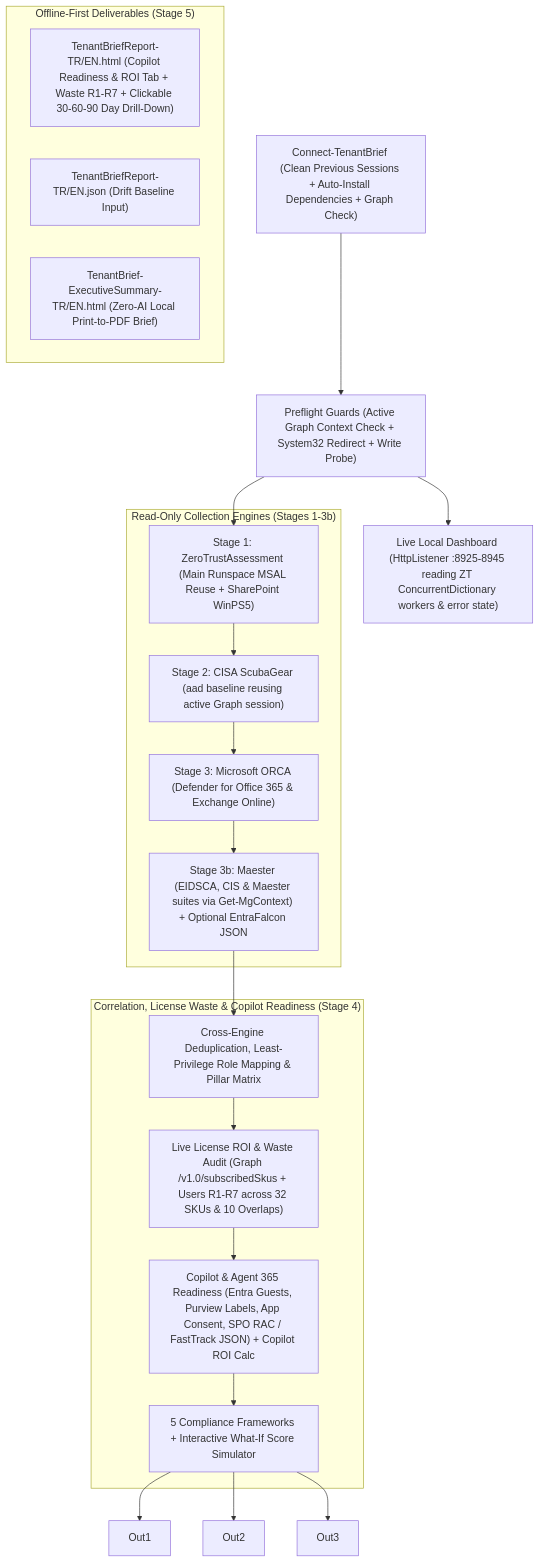
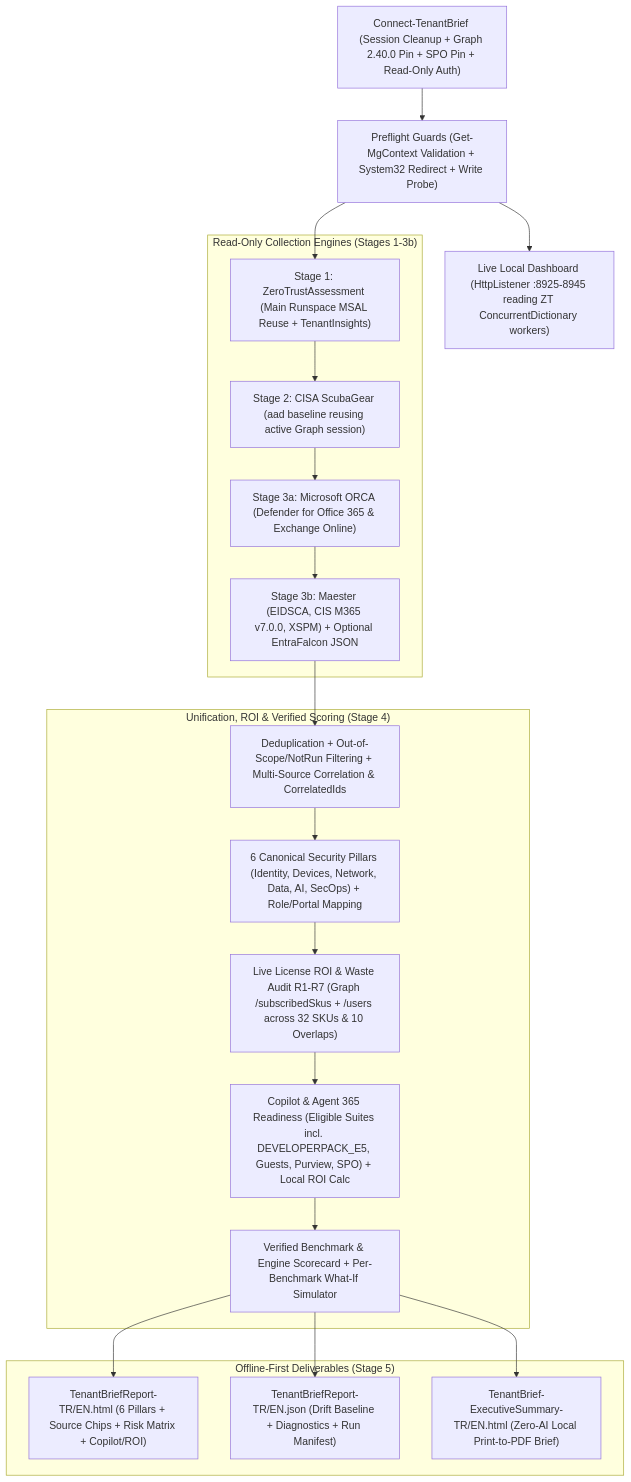
Before and after one commit to canercetinkaya/TenantBrief: the diagram in README.md, drawn with Mermaid. The commit also changed other lines of this file and 13 other files, not shown here.

Commit message:
feat(benchmarks): replace synthetic frameworks with verified benchmark scores, add NOTICE.md, update demo/README/manifest

````diff
--- a/README.md
+++ b/README.md
@@ -17,32 +17,33 @@
 ```mermaid
 flowchart TB
-    Start["Connect-TenantBrief (Clean Previous Sessions + Auto-Install Dependencies + Graph Check)"]
-    Pre["Preflight Guards (Active Graph Context Check + System32 Redirect + Write Probe)"]
-    UI["Live Local Dashboard (HttpListener :8925-8945 reading ZT ConcurrentDictionary workers & error state)"]
+    Start["Connect-TenantBrief (Session Cleanup + Graph 2.40.0 Pin + SPO Pin + Read-Only Auth)"]
+    Pre["Preflight Guards (Get-MgContext Validation + System32 Redirect + Write Probe)"]
+    UI["Live Local Dashboard (HttpListener :8925-8945 reading ZT ConcurrentDictionary workers)"]
 
     subgraph Engines["Read-Only Collection Engines (Stages 1-3b)"]
-        S1["Stage 1: ZeroTrustAssessment (Main Runspace MSAL Reuse + SharePoint WinPS5)"]
+        S1["Stage 1: ZeroTrustAssessment (Main Runspace MSAL Reuse + TenantInsights)"]
         S2["Stage 2: CISA ScubaGear (aad baseline reusing active Graph session)"]
-        S3["Stage 3: Microsoft ORCA (Defender for Office 365 & Exchange Online)"]
-        S3B["Stage 3b: Maester (EIDSCA, CIS & Maester suites via Get-MgContext) + Optional EntraFalcon JSON"]
+        S3["Stage 3a: Microsoft ORCA (Defender for Office 365 & Exchange Online)"]
+        S3B["Stage 3b: Maester (EIDSCA, CIS M365 v7.0.0, XSPM) + Optional EntraFalcon JSON"]
     end
 
-    subgraph Stage4["Correlation, License Waste & Copilot Readiness (Stage 4)"]
-        Corr["Cross-Engine Deduplication, Least-Privilege Role Mapping & Pillar Matrix"]
-        ROI["Live License ROI & Waste Audit (Graph /v1.0/subscribedSkus + Users R1-R7 across 32 SKUs & 10 Overlaps)"]
-        Cop["Copilot & Agent 365 Readiness (Entra Guests, Purview Labels, App Consent, SPO RAC / FastTrack JSON) + Copilot ROI Calc"]
-        FW["5 Compliance Frameworks + Interactive What-If Score Simulator"]
+    subgraph Stage4["Unification, ROI & Verified Scoring (Stage 4)"]
+        Corr["Deduplication + Out-of-Scope/NotRun Filtering + Multi-Source Correlation & CorrelatedIds"]
+        Dom["6 Canonical Security Pillars (Identity, Devices, Network, Data, AI, SecOps) + Role/Portal Mapping"]
+        ROI["Live License ROI & Waste Audit R1-R7 (Graph /subscribedSkus + /users across 32 SKUs & 10 Overlaps)"]
+        Cop["Copilot & Agent 365 Readiness (Eligible Suites incl. DEVELOPERPACK_E5, Guests, Purview, SPO) + Local ROI Calc"]
+        Bench["Verified Benchmark & Engine Scorecard + Per-Benchmark What-If Simulator"]
     end
 
     subgraph Outputs["Offline-First Deliverables (Stage 5)"]
-        HTML["TenantBriefReport-TR/EN.html (Copilot Readiness & ROI Tab + Waste R1-R7 + Clickable 30-60-90 Day Drill-Down)"]
-        JSON["TenantBriefReport-TR/EN.json (Drift Baseline Input)"]
+        HTML["TenantBriefReport-TR/EN.html (6 Pillars + Source Chips + Risk Matrix + Copilot/ROI)"]
+        JSON["TenantBriefReport-TR/EN.json (Drift Baseline + Diagnostics + Run Manifest)"]
         PDF["TenantBrief-ExecutiveSummary-TR/EN.html (Zero-AI Local Print-to-PDF Brief)"]
     end
 
     Start --> Pre --> UI
     Pre --> S1 --> S2 --> S3 --> S3B
-    S3B --> Corr --> ROI --> Cop --> FW --> Out1
-    FW --> Out2
-    FW --> Out3
+    S3B --> Corr --> Dom --> ROI --> Cop --> Bench --> HTML
+    Bench --> JSON
+    Bench --> PDF
 ```
````
